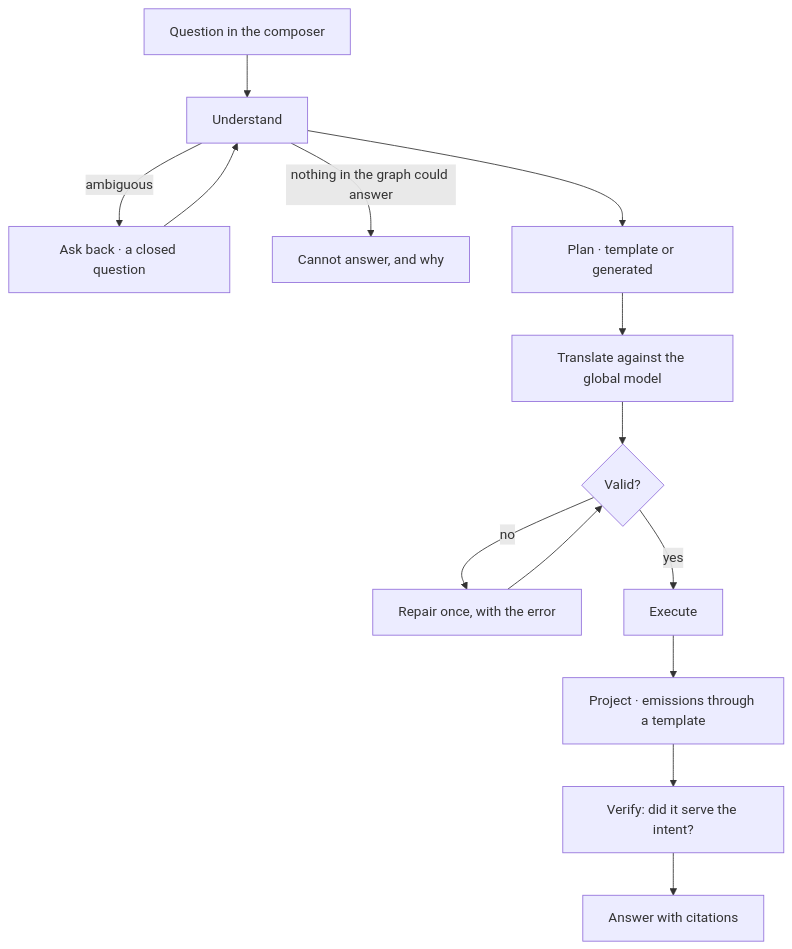
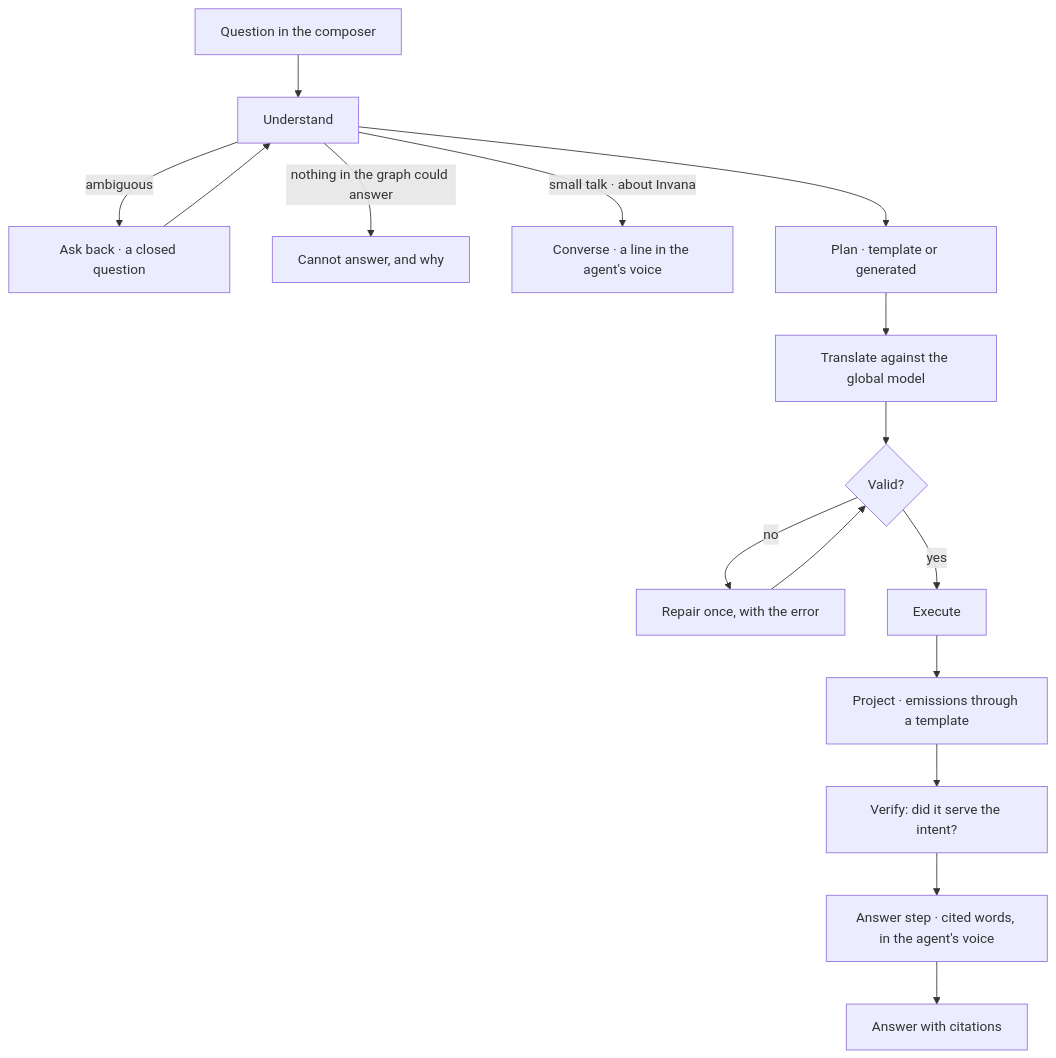
The diagram in docs/for-developers/modules/ask/features/ask-in-natural-language.md (invana/invana), drawn with Mermaid before and after one commit. The commit also changed other lines of this file and 14 other files, not shown here.

First line of the commit message:
docs: agent soul, the answer in words, and third-party sources

````diff
--- a/docs/for-developers/modules/ask/features/ask-in-natural-language.md
+++ b/docs/for-developers/modules/ask/features/ask-in-natural-language.md
@@ -30,16 +30,18 @@
 ```mermaid
 flowchart TD
     A[Question in the composer] --> B[Understand]
     B -->|ambiguous| C[Ask back · a closed question]
     C --> B
     B -->|nothing in the graph could answer| D[Cannot answer, and why]
+    B -->|small talk · about Invana| V[Converse · a line in the agent's voice]
     B --> E[Plan · template or generated]
     E --> F[Translate against the global model]
     F --> G{Valid?}
     G -->|no| H[Repair once, with the error]
     H --> G
     G -->|yes| I[Execute]
     I --> J[Project · emissions through a template]
     J --> K[Verify: did it serve the intent?]
-    K --> L[Answer with citations]
+    K --> W[Answer step · cited words, in the agent's voice]
+    W --> L[Answer with citations]
 ```
````
